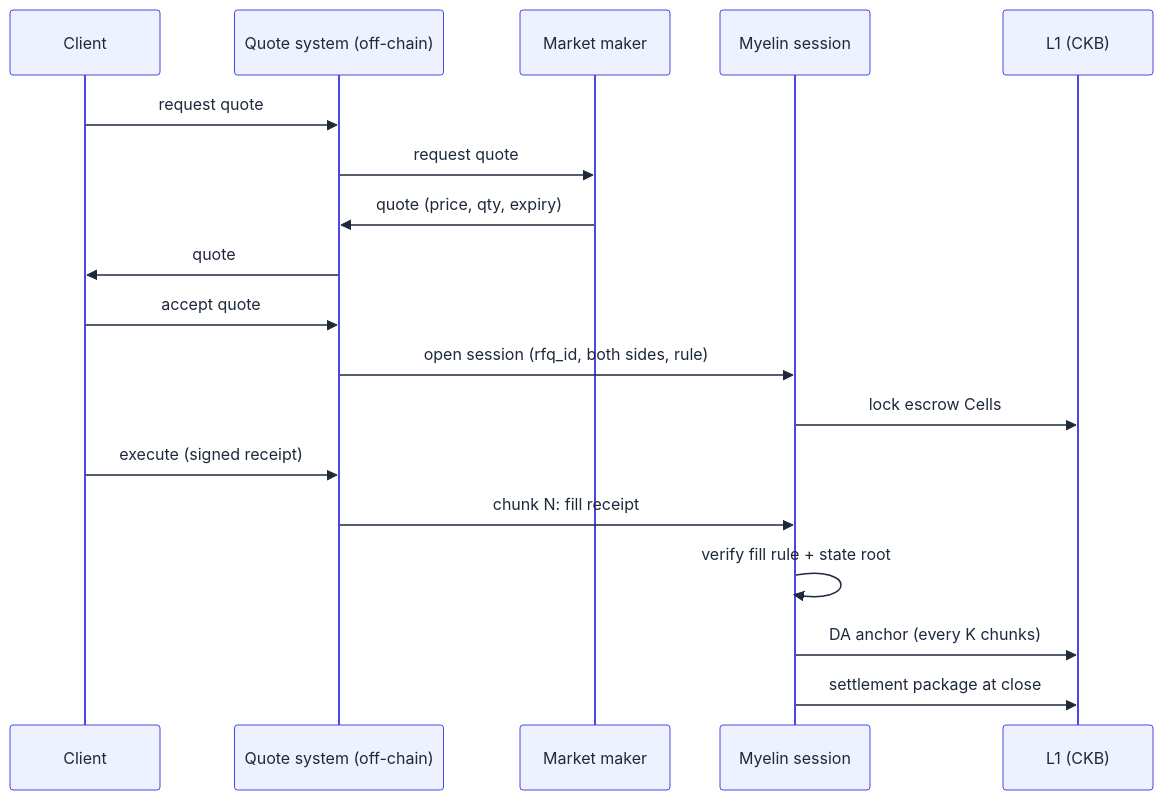
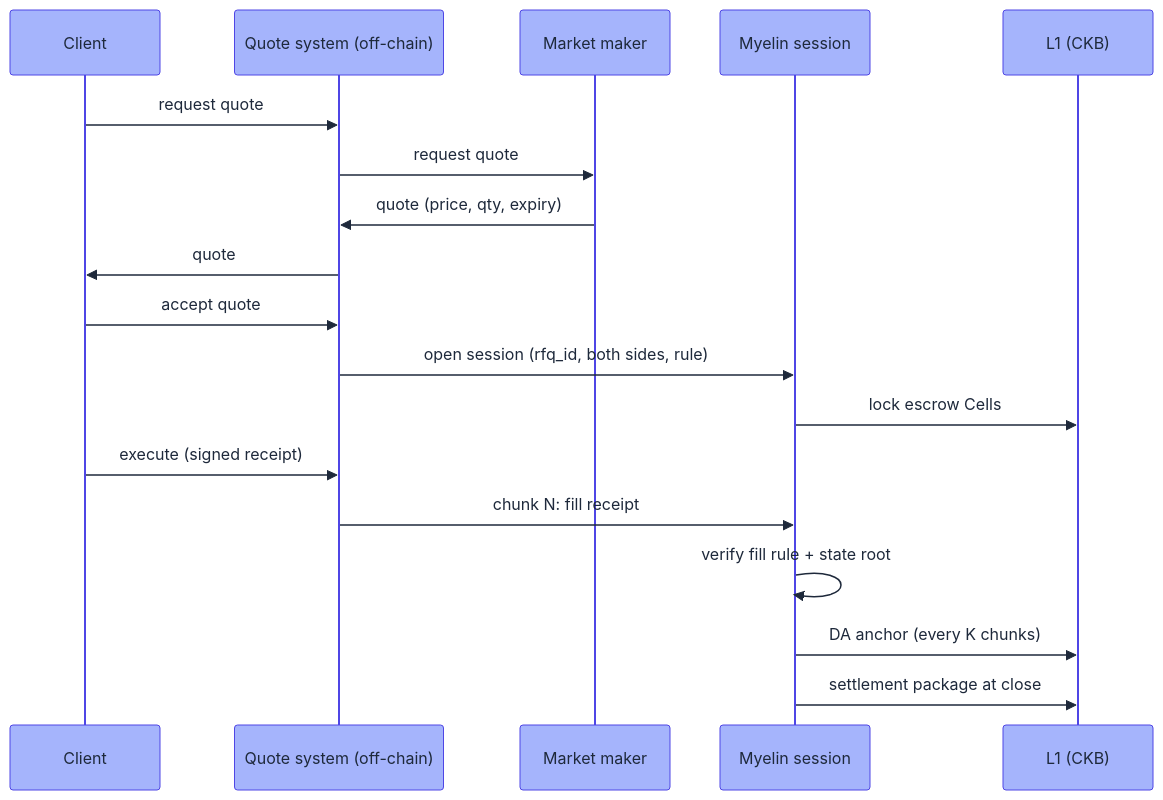
Before and after one commit to Myelin-Labs/Myelin: the diagram in docs/patterns/rfq-settlement.md, drawn with Mermaid. The commit also changed 31 other files, not shown here.

````diff
--- a/docs/patterns/rfq-settlement.md
+++ b/docs/patterns/rfq-settlement.md
@@ -39,32 +39,32 @@
 ```mermaid
 %%{init: {
   "theme": "base",
   "themeVariables": {
-    "primaryColor": "#EEF2FF",
+    "primaryColor": "#A5B4FC",
     "primaryTextColor": "#1E293B",
     "primaryBorderColor": "#4F46E5",
     "lineColor": "#6366F1",
-    "secondaryColor": "#E0E7FF",
+    "secondaryColor": "#C7D2FE",
     "tertiaryColor": "#C7D2FE"
   }
 }}%%
 sequenceDiagram
     participant C as Client
     participant Q as Quote system (off-chain)
     participant M as Market maker
     participant My as Myelin session
     participant L1 as L1 (CKB)
 
     C->>Q: request quote
     Q->>M: request quote
     M->>Q: quote (price, qty, expiry)
     Q->>C: quote
     C->>Q: accept quote
     Q->>My: open session (rfq_id, both sides, rule)
     My->>L1: lock escrow Cells
     C->>Q: execute (signed receipt)
     Q->>My: chunk N: fill receipt
     My->>My: verify fill rule + state root
     My->>L1: DA anchor (every K chunks)
     My->>L1: settlement package at close
 ```
````
